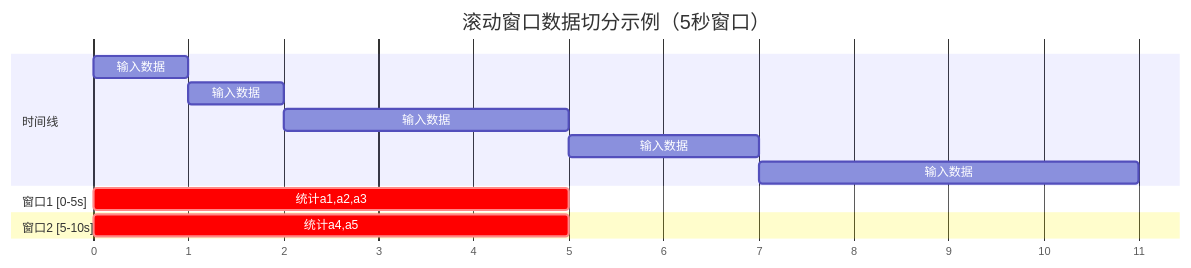
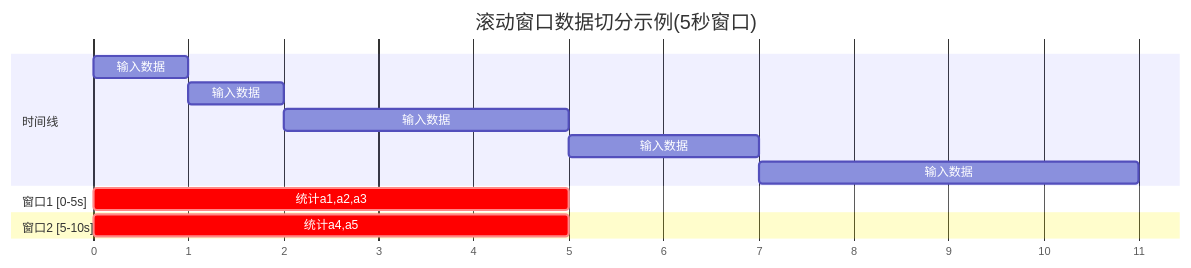
Before and after one commit to AdaMartin18010/AnalysisDataFlow: the fifth of 7 diagrams in tutorials/02-first-flink-job.md, drawn with Mermaid. The commit also changed other lines of this file and 634 other files, not shown here.

````diff
--- a/tutorials/02-first-flink-job.md
+++ b/tutorials/02-first-flink-job.md
@@ -744,19 +744,19 @@
 ```mermaid
 gantt
-    title 滚动窗口数据切分示例（5秒窗口）
+    title 滚动窗口数据切分示例(5秒窗口)
     dateFormat X
     axisFormat %s
 
     section 时间线
     输入数据       :a1, 0, 1s
     输入数据       :a2, after a1, 1s
     输入数据       :a3, after a2, 3s
     输入数据       :a4, after a3, 2s
     输入数据       :a5, after a4, 4s
 
     section 窗口1 [0-5s]
     统计a1,a2,a3 :crit, w1, 0, 5s
 
     section 窗口2 [5-10s]
     统计a4,a5    :crit, w2, 5, 5s
 ```
````
